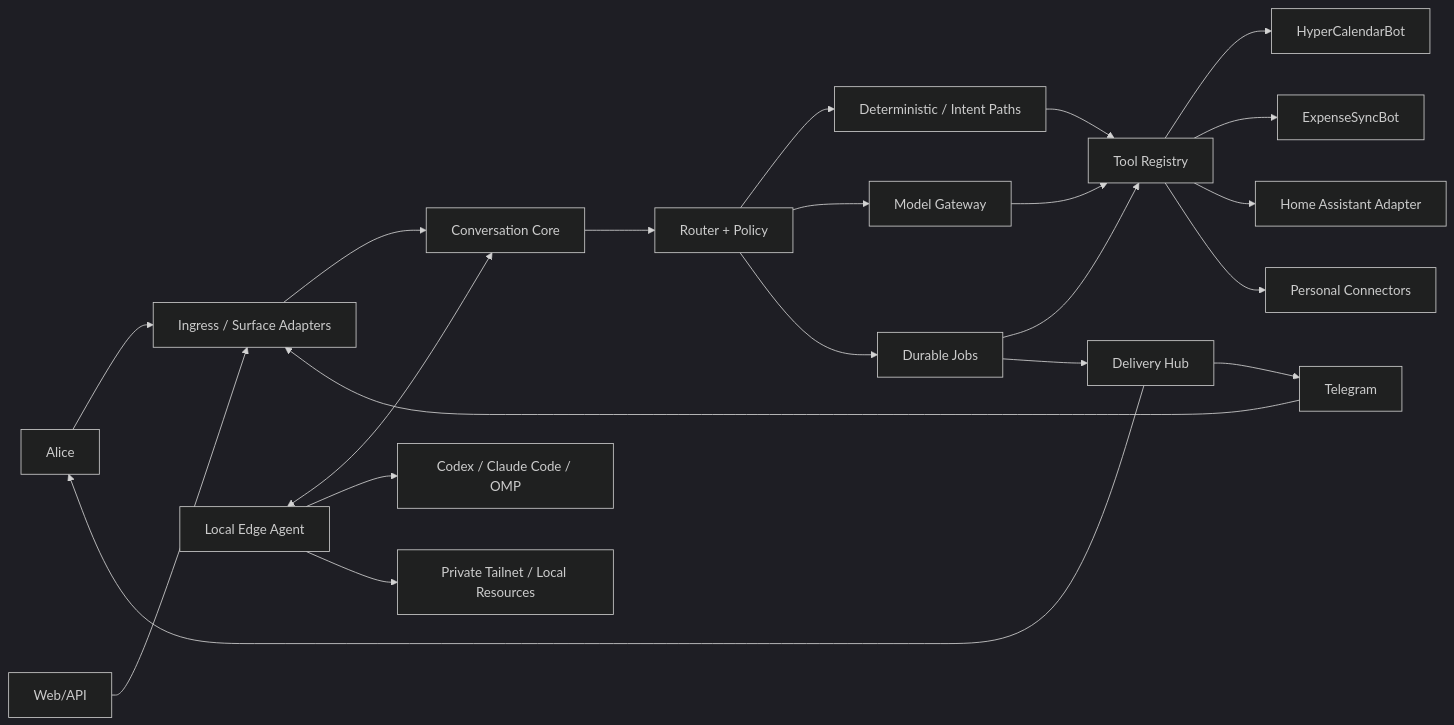
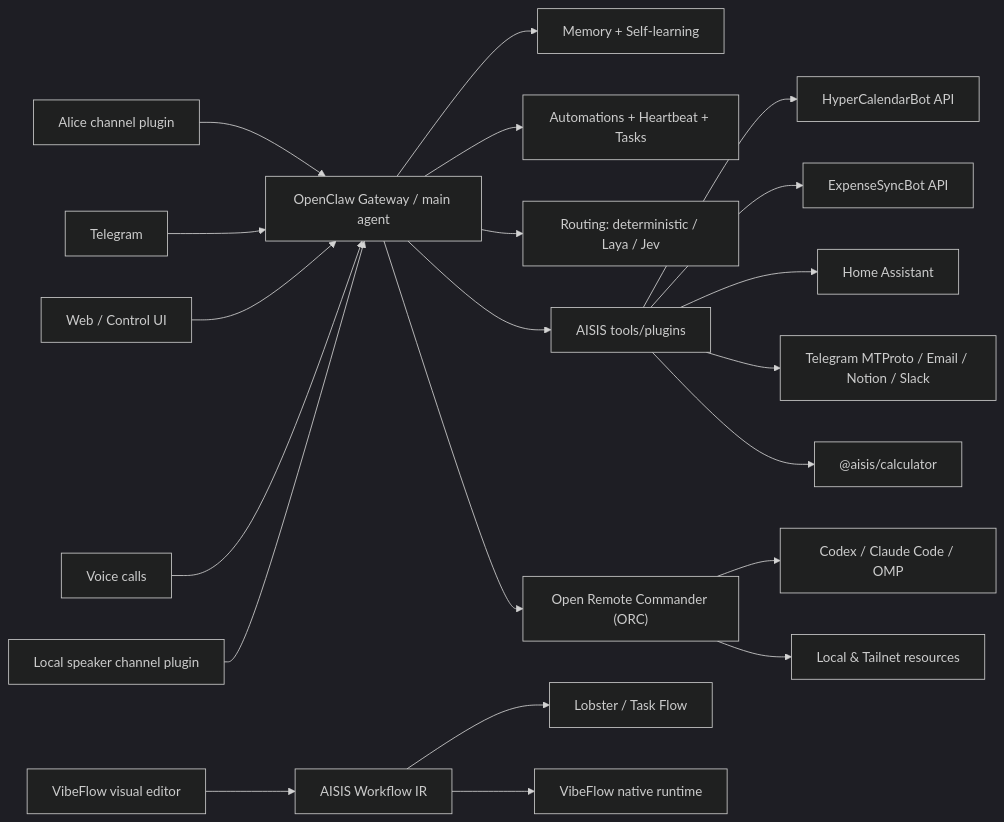
Before and after one commit to alex-mextner/aisis: the diagram in docs/specs/000-master-spec.md, drawn with Mermaid (dark theme). The commit also changed other lines of this file and 26 other files, not shown here.

First line of the commit message:
docs: local voice speaker surface (spec 140) (#2)

````diff
--- a/docs/specs/000-master-spec.md
+++ b/docs/specs/000-master-spec.md
@@ -27,24 +37,27 @@
 ```mermaid
 flowchart LR
-  A[Alice] --> I[Ingress / Surface Adapters]
-  T[Telegram] --> I
-  W[Web/API] --> I
-  I --> C[Conversation Core]
-  C --> R[Router + Policy]
-  R --> D[Deterministic / Intent Paths]
-  R --> M[Model Gateway]
-  R --> J[Durable Jobs]
-  D --> X[Tool Registry]
-  M --> X
-  J --> X
-  X --> HC[HyperCalendarBot]
-  X --> EF[ExpenseSyncBot]
-  X --> HA[Home Assistant Adapter]
-  X --> PC[Personal Connectors]
-  E[Local Edge Agent] <--> C
-  E --> L[Codex / Claude Code / OMP]
-  E --> H[Private Tailnet / Local Resources]
-  J --> Y[Delivery Hub]
-  Y --> T
-  Y --> A
+  A[Alice channel plugin] --> OC[OpenClaw Gateway / main agent]
+  T[Telegram] --> OC
+  W[Web / Control UI] --> OC
+  C[Voice calls] --> OC
+  S[Local speaker channel plugin] --> OC
+
+  OC --> MEM[Memory + Self-learning]
+  OC --> AUTO[Automations + Heartbeat + Tasks]
+  OC --> ROUTE[Routing: deterministic / Laya / Jev]
+  OC --> TOOLS[AISIS tools/plugins]
+
+  TOOLS --> HC[HyperCalendarBot API]
+  TOOLS --> EF[ExpenseSyncBot API]
+  TOOLS --> HA[Home Assistant]
+  TOOLS --> PC[Telegram MTProto / Email / Notion / Slack]
+  TOOLS --> CALC["@aisis/calculator"]
+
+  VF[VibeFlow visual editor] --> IR[AISIS Workflow IR]
+  IR --> LOB[Lobster / Task Flow]
+  IR --> VFR[VibeFlow native runtime]
+
+  OC --> EDGE["Open Remote Commander (ORC)"]
+  EDGE --> HARNESS[Codex / Claude Code / OMP]
+  EDGE --> LOCAL["Local & Tailnet resources"]
 ```
````
